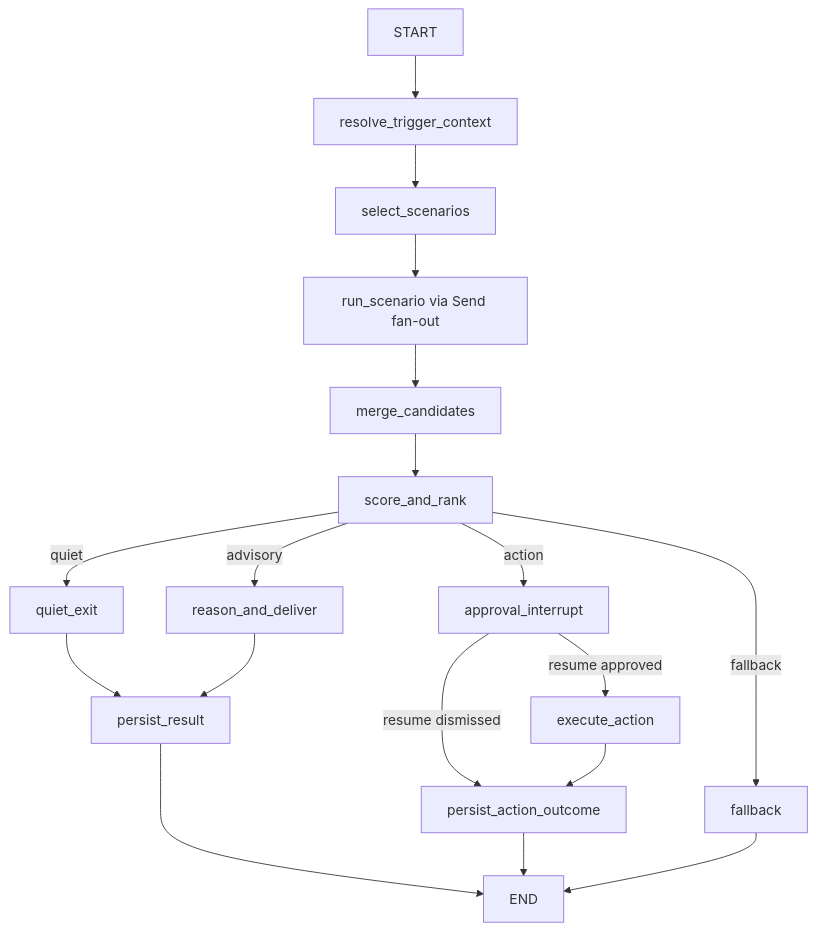
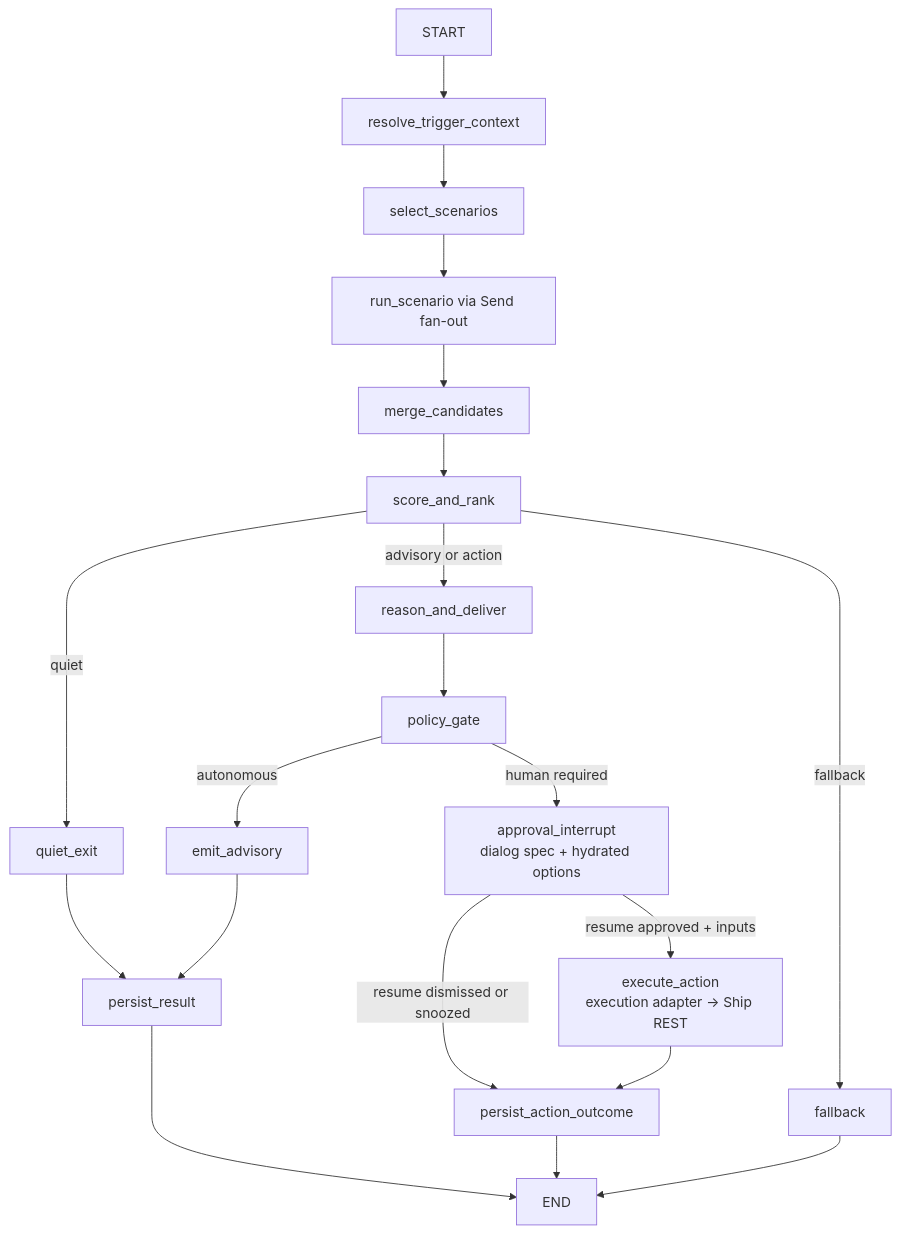
One commit to thisisyoussef/ship changed the diagram in docs/assignments/fleetgraph/FLEETGRAPH.md. Above: the diagram before and after it, drawn with Mermaid. The commit also changed other lines of this file and 6 other files, not shown here.

````diff
--- a/docs/assignments/fleetgraph/FLEETGRAPH.md
+++ b/docs/assignments/fleetgraph/FLEETGRAPH.md
@@ -73,20 +73,22 @@
 ```mermaid
 flowchart TD
   A["START"] --> B["resolve_trigger_context"]
   B --> C["select_scenarios"]
   C --> D["run_scenario via Send fan-out"]
   D --> E["merge_candidates"]
   E --> F["score_and_rank"]
   F -->|quiet| G["quiet_exit"]
-  F -->|advisory| H["reason_and_deliver"]
-  F -->|action| I["approval_interrupt"]
-  F -->|fallback| J["fallback"]
-  G --> K["persist_result"]
-  H --> K
-  I -->|resume approved| L["execute_action"]
-  I -->|resume dismissed| M["persist_action_outcome"]
-  L --> M
-  K --> N["END"]
-  M --> N
-  J --> N
+  F -->|advisory or action| H["reason_and_deliver"]
+  H --> I["policy_gate"]
+  I -->|autonomous| J["emit_advisory"]
+  I -->|human required| K["approval_interrupt<br/>dialog spec + hydrated options"]
+  F -->|fallback| L["fallback"]
+  G --> M["persist_result"]
+  J --> M
+  K -->|resume approved + inputs| N["execute_action<br/>execution adapter -> Ship REST"]
+  K -->|resume dismissed or snoozed| O["persist_action_outcome"]
+  N --> O
+  M --> P["END"]
+  O --> P
+  L --> P
 ```
````
